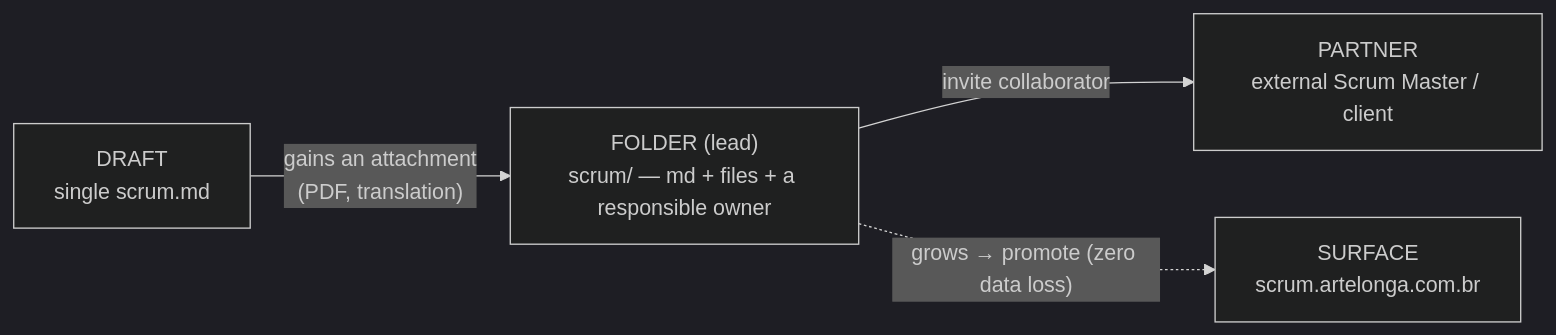
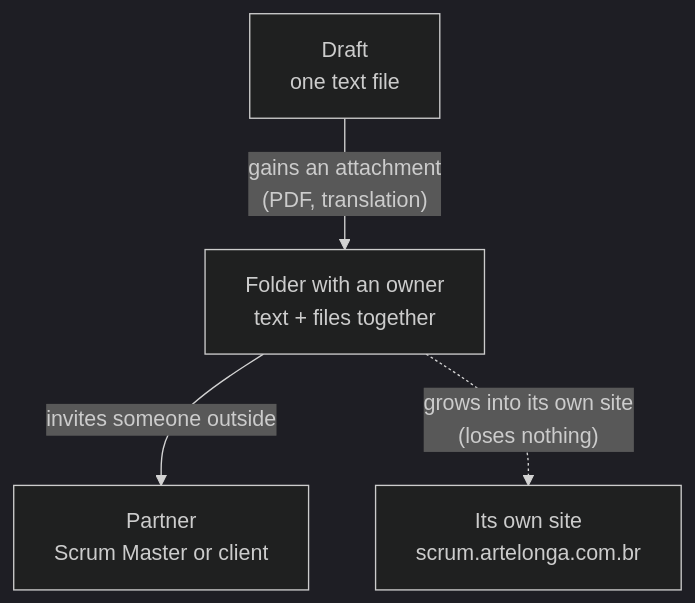
One commit to artelonga/ArteLonga changed the first of 4 diagrams in docs/scrum-universe.en.md. Above: the diagram before and after it, drawn with Mermaid (dark theme). The commit also changed other lines of this file and 43 other files, not shown here.

First line of the commit message:
feat(docs): diagramas simples e legíveis (sem jargão) em todas as docs (#89)

````diff
--- a/docs/scrum-universe.en.md
+++ b/docs/scrum-universe.en.md
@@ -27,6 +27,6 @@
 ```mermaid
-flowchart LR
-  D["DRAFT<br/>single scrum.md"] -->|"gains an attachment<br/>(PDF, translation)"| F["FOLDER (lead)<br/>scrum/ — md + files + a responsible owner"]
-  F -->|"invite collaborator"| P["PARTNER<br/>external Scrum Master / client"]
-  F -.->|"grows → promote (zero data loss)"| S["SURFACE<br/>scrum.artelonga.com.br"]
+flowchart TB
+  D["Draft<br/>one text file"] -->|"gains an attachment<br/>(PDF, translation)"| F["Folder with an owner<br/>text + files together"]
+  F -->|"invites someone outside"| P["Partner<br/>Scrum Master or client"]
+  F -.->|"grows into its own site<br/>(loses nothing)"| S["Its own site<br/>scrum.artelonga.com.br"]
 ```
````
